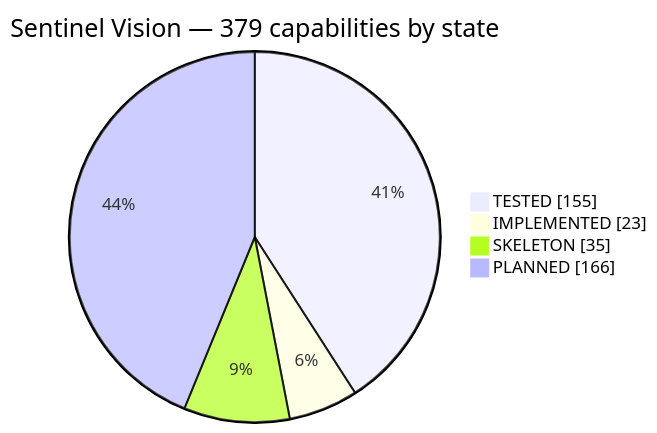
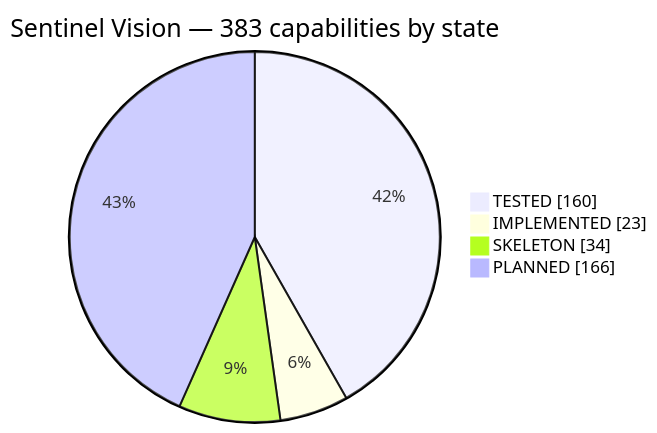
Before and after one commit to haidar-farhat/V.I.G.I.L._Vision_Intelligence_and_Geospatial_ncident_Layer: the first of 3 diagrams in FEATURES.md, drawn with Mermaid. The commit also changed other lines of this file and 12 other files, not shown here.

````diff
--- a/FEATURES.md
+++ b/FEATURES.md
@@ -46,8 +46,8 @@
 ```mermaid
 pie showData
-    title Sentinel Vision — 379 capabilities by state
-    "TESTED" : 155
+    title Sentinel Vision — 383 capabilities by state
+    "TESTED" : 160
     "IMPLEMENTED" : 23
-    "SKELETON" : 35
+    "SKELETON" : 34
     "PLANNED" : 166
 ```
````
